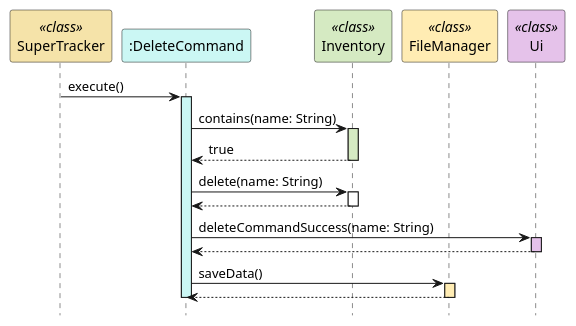
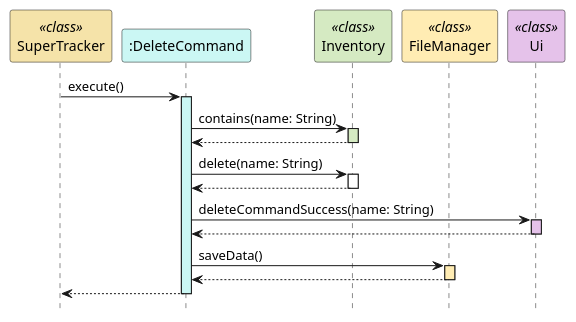
One commit to rismm/tp changed the second of 2 diagrams in docs/uml-diagrams/DeleteCommand.puml. Above: the diagram before and after it, drawn with PlantUML. The commit also changed 3 other files, not shown here.

Commit message:
Edit UML for DeleteCommand Sequence and add comment for static command regex

```diff
--- a/docs/uml-diagrams/DeleteCommand.puml
+++ b/docs/uml-diagrams/DeleteCommand.puml
@@ -50,33 +50,33 @@
 @startuml
 hide footbox
 participant "SuperTracker" as SuperTracker <<class>> #f5e3a9
 participant ":DeleteCommand" as DeleteCommand #cbf7f4
 participant "Inventory" as Inventory <<class>> #d5eac2
 participant "FileManager" as FileManager <<class>> #ffecb3
 participant "Ui" as Ui <<class>> #e5c2ea
 
 SuperTracker -> DeleteCommand : execute()
 activate DeleteCommand #cbf7f4
 
 DeleteCommand -> Inventory : contains(name: String)
 activate Inventory #d5eac2
-Inventory --> DeleteCommand : true
+Inventory --> DeleteCommand :
 deactivate Inventory
 
 DeleteCommand -> Inventory : delete(name: String)
 activate Inventory
 Inventory --> DeleteCommand
 deactivate Inventory
 
 DeleteCommand -> Ui : deleteCommandSuccess(name: String)
 activate Ui #e5c2ea
 Ui --> DeleteCommand
 deactivate Ui
 
 DeleteCommand -> FileManager : saveData()
 activate FileManager #ffecb3
 FileManager --> DeleteCommand
 deactivate FileManager
-
+DeleteCommand --> SuperTracker
 deactivate DeleteCommand
 @enduml
```
